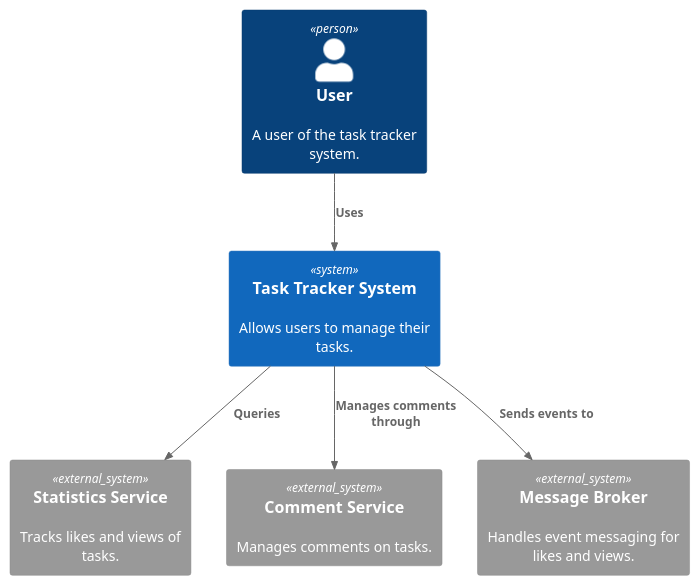
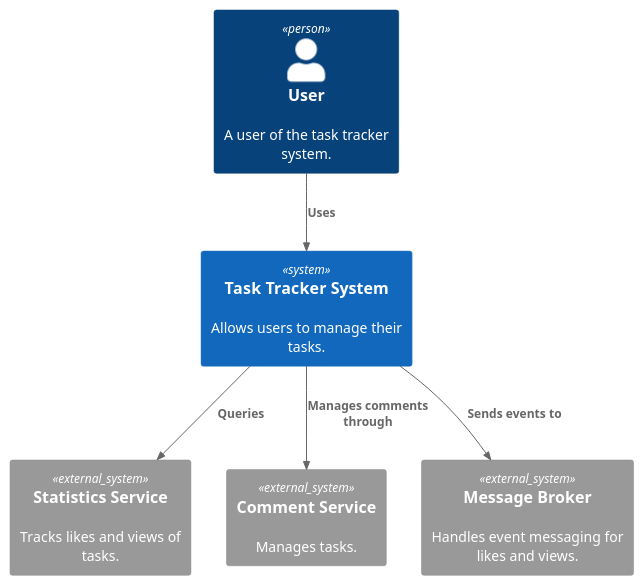
One commit to Pelanglene/SOA changed the diagram in docs/c4_context_diagram.puml. Above: the diagram before and after it, drawn with PlantUML. The commit also changed 1 other file, not shown here.

```diff
--- a/docs/c4_context_diagram.puml
+++ b/docs/c4_context_diagram.puml
@@ -1,15 +1,15 @@
 @startuml
 !include https://raw.githubusercontent.com/plantuml-stdlib/C4-PlantUML/latest/C4_Context.puml
 
 Person(user, "User", "A user of the task tracker system.")
 System(taskTrackerSystem, "Task Tracker System", "Allows users to manage their tasks.")
 
 System_Ext(statisticsService, "Statistics Service", "Tracks likes and views of tasks.")
-System_Ext(commentService, "Comment Service", "Manages comments on tasks.")
+System_Ext(commentService, "Comment Service", "Manages tasks.")
 System_Ext(broker, "Message Broker", "Handles event messaging for likes and views.")
 
 Rel(user, taskTrackerSystem, "Uses")
 Rel(taskTrackerSystem, statisticsService, "Queries")
 Rel(taskTrackerSystem, commentService, "Manages comments through")
 Rel(taskTrackerSystem, broker, "Sends events to")
 @enduml
```
